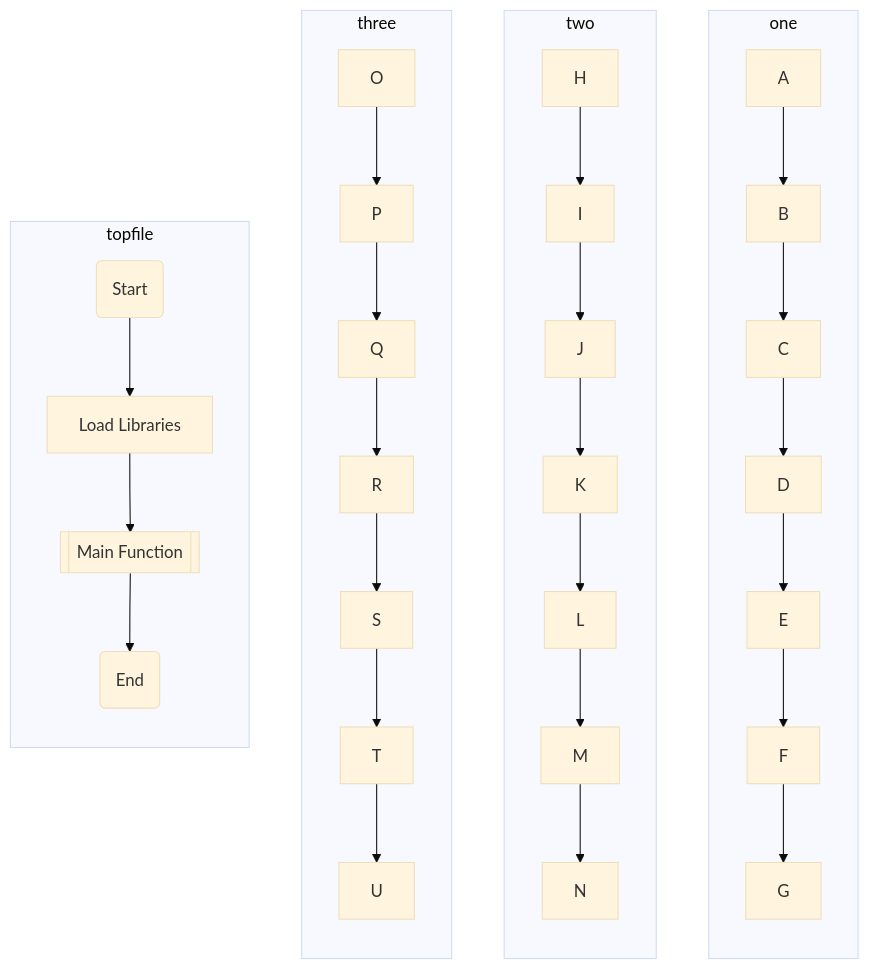
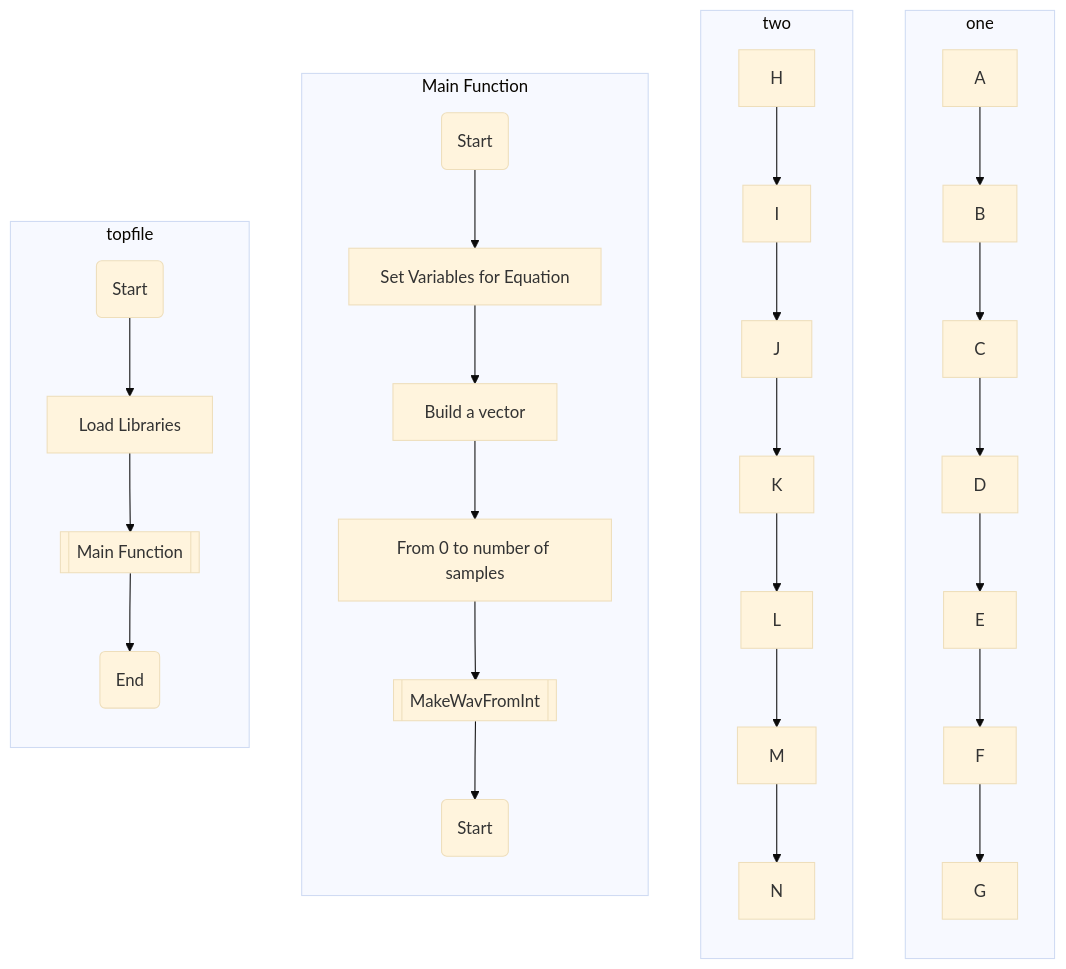
Before and after one commit to brolonium210/ENGR101_MD: the diagram in project01FlowchartCore.md, drawn with Mermaid (base theme).

````diff
--- a/project01FlowchartCore.md
+++ b/project01FlowchartCore.md
@@ -1,37 +1,36 @@
 ```mermaid
 
 flowchart TB
 subgraph one
 direction TB
 A-->B
 B-->C
 C-->D
 D-->E
 E-->F
 F-->G
 end
 subgraph two
 direction TB 
 H-->I
 I-->J
 J-->K
 K-->L
 L-->M
 M-->N
 end
-subgraph three
+subgraph Main Function
 direction TB 
-O-->P
-P-->Q
-Q-->R
-R-->S
-S-->T
-T-->U
+O(Start)-->P
+P[Set Variables for Equation]-->Q
+Q[Build a vector]-->R
+R[From 0 to number of samples]-->S
+S[[MakeWavFromInt]]-->T(Start)
 end
 subgraph topfile
 direction TB 
 V(Start)-->W[Load Libraries]
 W-->X[[Main Function]]
 X-->Y(End)
 end
 ```
````
